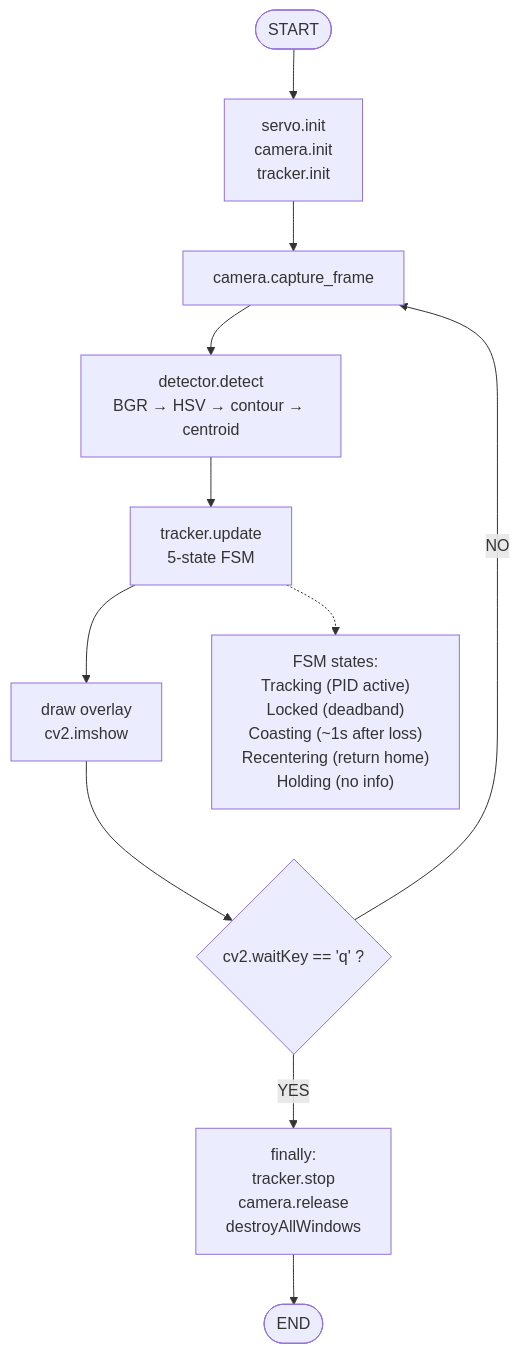
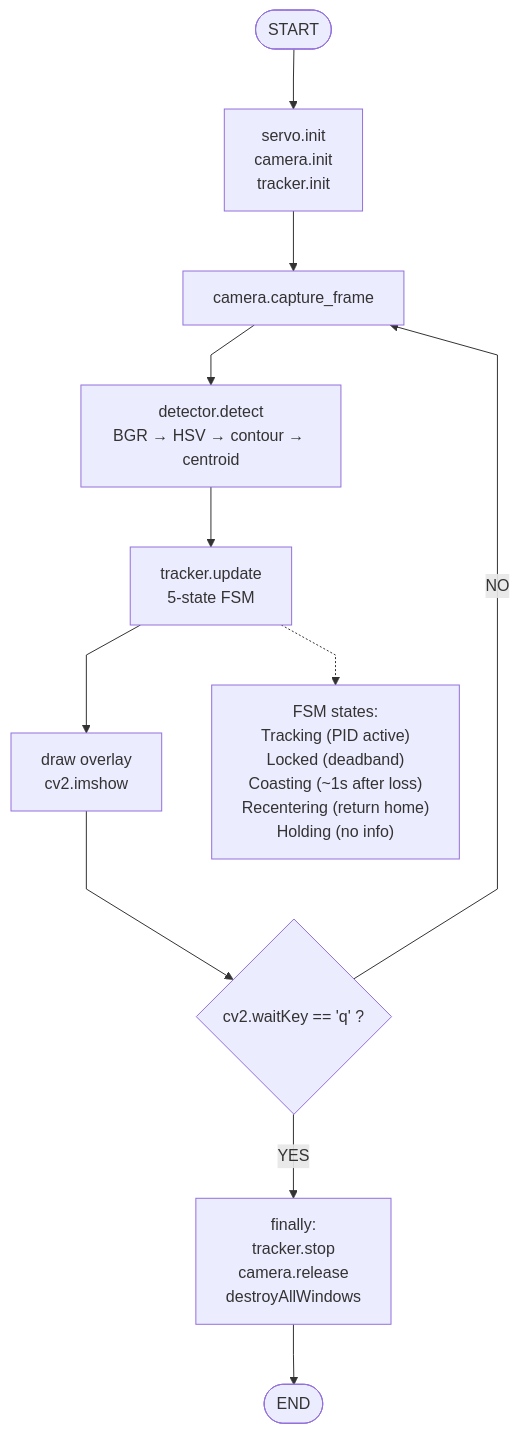
Before and after one commit to Adamzvulun/pi: the diagram in bookv3/diagrams/control-flow.mmd, drawn with Mermaid. The commit also changed 11 other files, not shown here.

First line of the commit message:
docs(bookv3): straight-line edges + diagrams/README review

```diff
--- a/bookv3/diagrams/control-flow.mmd
+++ b/bookv3/diagrams/control-flow.mmd
@@ -1,12 +1,13 @@
+%%{init: {'flowchart': {'curve': 'linear', 'nodeSpacing': 50, 'rankSpacing': 60}}}%%
 flowchart TB
     Start([START]) --> Init[servo.init<br/>camera.init<br/>tracker.init]
     Init --> Capture[camera.capture_frame]
     Capture --> Detect[detector.detect<br/>BGR → HSV → contour → centroid]
     Detect --> Update[tracker.update<br/>5-state FSM]
     Update --> Draw[draw overlay<br/>cv2.imshow]
     Draw --> WaitKey{cv2.waitKey == 'q' ?}
     WaitKey -- NO --> Capture
     WaitKey -- YES --> Cleanup[finally:<br/>tracker.stop<br/>camera.release<br/>destroyAllWindows]
     Cleanup --> End([END])
 
     Update -.-> StateBox["FSM states:<br/>Tracking (PID active)<br/>Locked (deadband)<br/>Coasting (~1s after loss)<br/>Recentering (return home)<br/>Holding (no info)"]
```
